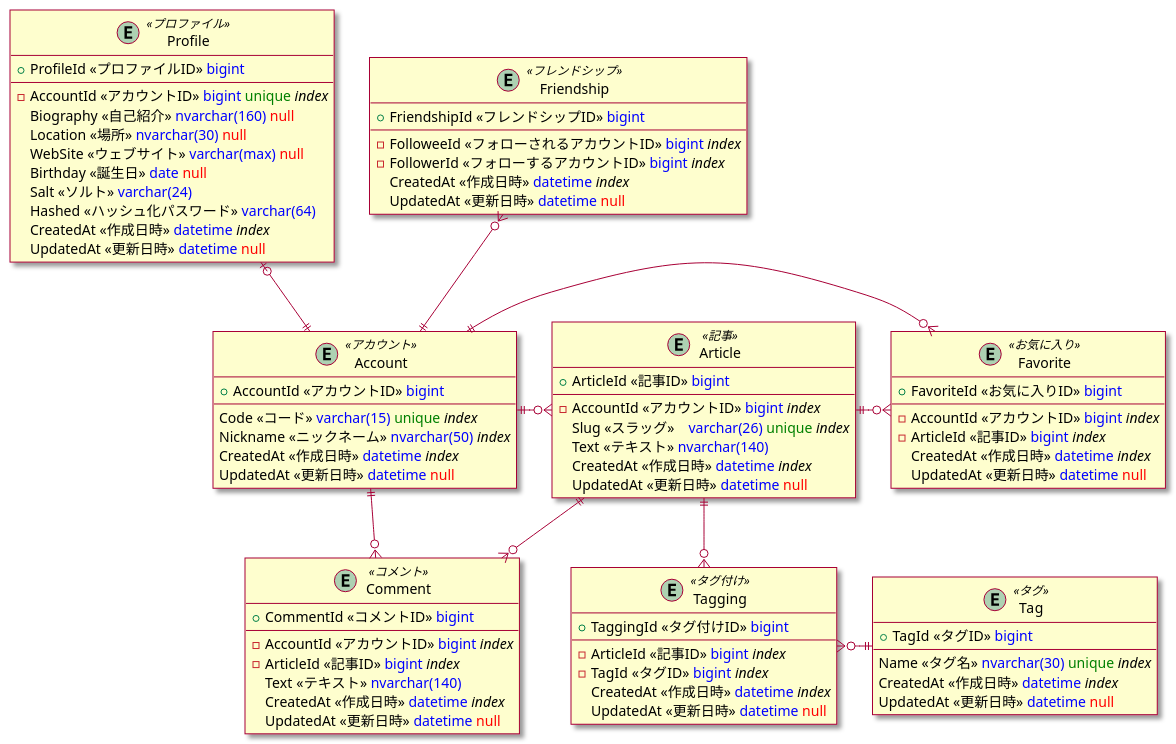
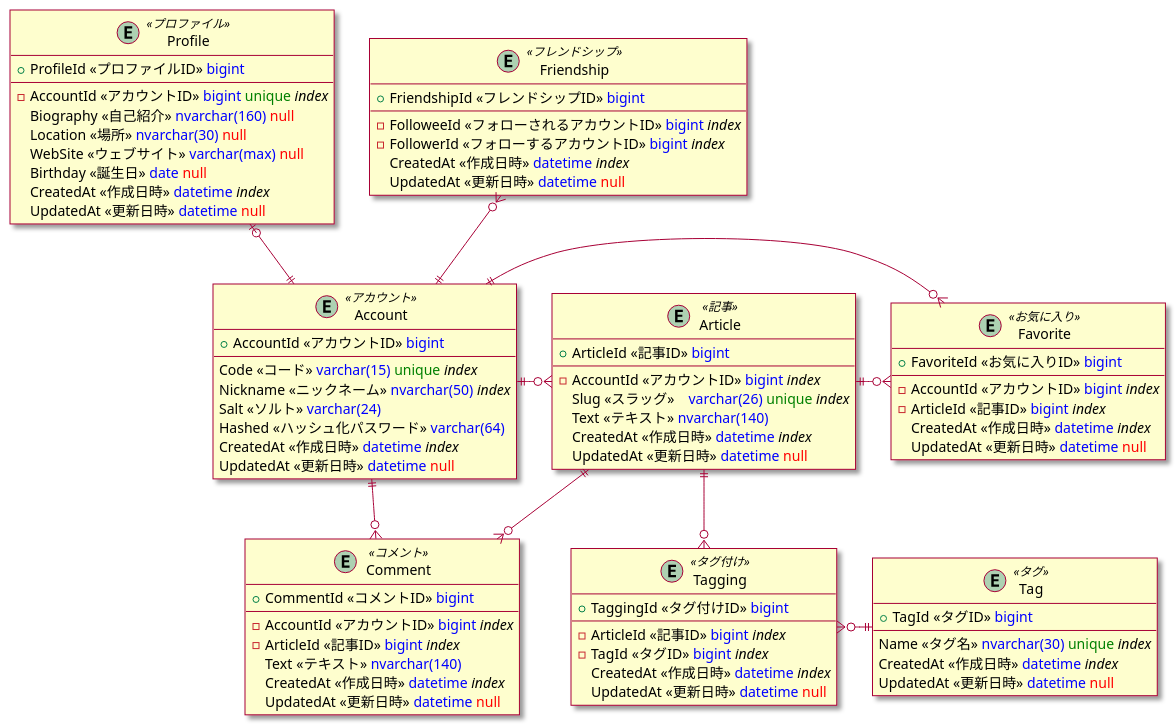
Before and after one commit to sano-suguru/SnsSample: the diagram in doc/er.pu, drawn with PlantUML. The commit also changed other lines of this file and 1 other file, not shown here.

```diff
--- a/doc/er.pu
+++ b/doc/er.pu
@@ -1,91 +1,91 @@
 @startuml
 skin rose
 
 entity Account <<アカウント>> {
   +AccountId <<アカウントID>> <color:blue>bigint</color>
   --
   Code <<コード>> <color:blue>varchar(15)</color> <color:green>unique</color> //index//
   Nickname <<ニックネーム>> <color:blue>nvarchar(50)</color> //index//
+  Salt <<ソルト>> <color:blue>varchar(24)</color>
+  Hashed <<ハッシュ化パスワード>> <color:blue>varchar(64)</color>
   CreatedAt <<作成日時>> <color:blue>datetime</color> //index//
   UpdatedAt <<更新日時>> <color:blue>datetime</color> <color:red>null</color>
 }
 
 entity Profile <<プロファイル>> {
   +ProfileId <<プロファイルID>> <color:blue>bigint</color>
   --
   -AccountId <<アカウントID>> <color:blue>bigint</color> <color:green>unique</color> //index//
   Biography <<自己紹介>> <color:blue>nvarchar(160)</color> <color:red>null</color>
   Location <<場所>> <color:blue>nvarchar(30)</color> <color:red>null</color>
   WebSite <<ウェブサイト>> <color:blue>varchar(max)</color> <color:red>null</color>
   Birthday <<誕生日>> <color:blue>date</color> <color:red>null</color>
-  Salt <<ソルト>> <color:blue>varchar(24)</color>
-  Hashed <<ハッシュ化パスワード>> <color:blue>varchar(64)</color>
   CreatedAt <<作成日時>> <color:blue>datetime</color> //index//
   UpdatedAt <<更新日時>> <color:blue>datetime</color> <color:red>null</color>
 }
 
 entity Friendship <<フレンドシップ>> {
   +FriendshipId <<フレンドシップID>> <color:blue>bigint</color>
   --
   -FolloweeId <<フォローされるアカウントID>> <color:blue>bigint</color> //index//
   -FollowerId <<フォローするアカウントID>> <color:blue>bigint</color> //index//
   CreatedAt <<作成日時>> <color:blue>datetime</color> //index//
   UpdatedAt <<更新日時>> <color:blue>datetime</color> <color:red>null</color>
 }
 
 entity Article <<記事>>{
   +ArticleId <<記事ID>> <color:blue>bigint</color>
   --
   -AccountId <<アカウントID>> <color:blue>bigint</color> //index//
   Slug <<スラッグ>>　<color:blue>varchar(26)</color> <color:green>unique</color> //index//
   Text <<テキスト>> <color:blue>nvarchar(140)</color>
   CreatedAt <<作成日時>> <color:blue>datetime</color> //index//
   UpdatedAt <<更新日時>> <color:blue>datetime</color> <color:red>null</color>
 }
 
 entity Comment <<コメント>> {
   +CommentId <<コメントID>> <color:blue>bigint</color>
   --
   -AccountId <<アカウントID>> <color:blue>bigint</color> //index//
   -ArticleId <<記事ID>> <color:blue>bigint</color> //index//
   Text <<テキスト>> <color:blue>nvarchar(140)</color>
   CreatedAt <<作成日時>> <color:blue>datetime</color> //index//
   UpdatedAt <<更新日時>> <color:blue>datetime</color> <color:red>null</color>
 }
 
 entity Favorite <<お気に入り>> {
   +FavoriteId <<お気に入りID>> <color:blue>bigint</color>
   --
   -AccountId <<アカウントID>> <color:blue>bigint</color> //index//
   -ArticleId <<記事ID>> <color:blue>bigint</color> //index//
   CreatedAt <<作成日時>> <color:blue>datetime</color> //index//
   UpdatedAt <<更新日時>> <color:blue>datetime</color> <color:red>null</color>
 }
 
 entity Tag <<タグ>> {
   +TagId <<タグID>> <color:blue>bigint</color>
   --
   Name <<タグ名>> <color:blue>nvarchar(30)</color> <color:green>unique</color> //index//
   CreatedAt <<作成日時>> <color:blue>datetime</color> //index//
   UpdatedAt <<更新日時>> <color:blue>datetime</color> <color:red>null</color>
 }
 
 entity Tagging <<タグ付け>> {
   +TaggingId <<タグ付けID>> <color:blue>bigint</color>
   --
   -ArticleId <<記事ID>> <color:blue>bigint</color> //index//
   -TagId <<タグID>> <color:blue>bigint</color> //index//
   CreatedAt <<作成日時>> <color:blue>datetime</color> //index//
   UpdatedAt <<更新日時>> <color:blue>datetime</color> <color:red>null</color>
 }
 
 Profile |o--|| Account
 Friendship }o--|| Account
 Account ||-o{ Article
 Article ||-o{ Comment
 Account ||--o{ Comment
 Account ||-o{ Favorite
 Article ||-o{ Favorite
 Article ||--o{ Tagging
 Tagging }o-|| Tag
 @enduml
```
